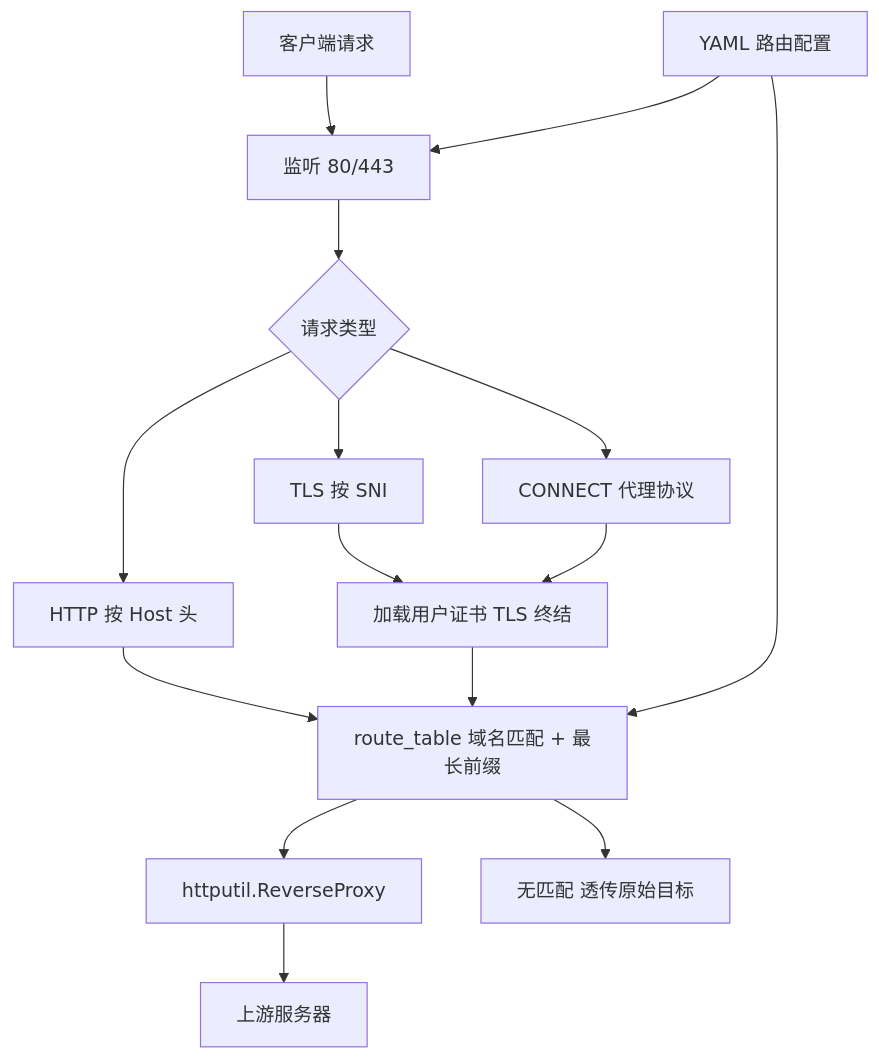
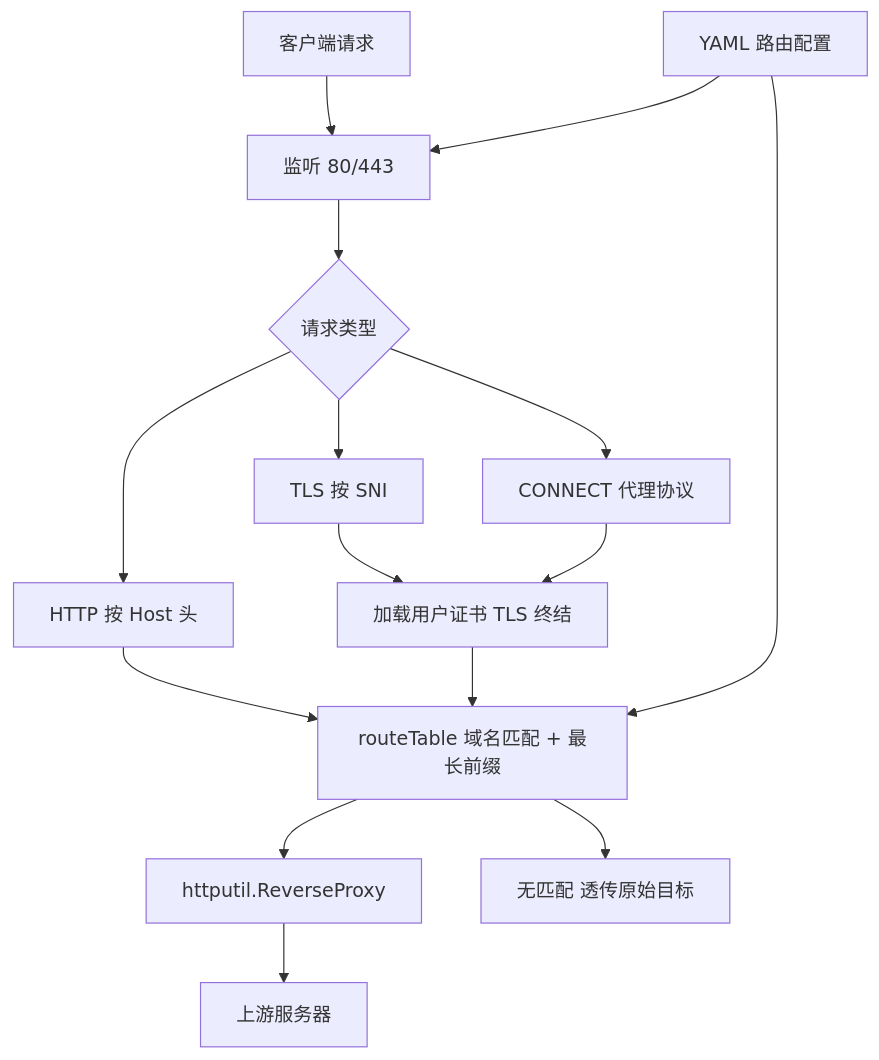
The first of 4 diagrams in .monkeycode/specs/mrp/design.md (isunk/MyReverseProxy), drawn with Mermaid before and after one commit. The commit also changed other lines of this file and 8 other files, not shown here.

````diff
--- a/.monkeycode/specs/mrp/design.md
+++ b/.monkeycode/specs/mrp/design.md
@@ -12,17 +12,17 @@
 ```mermaid
 graph TD
     A["客户端请求"] --> B["监听 80/443"]
     B --> C{"请求类型"}
     C --> D["HTTP 按 Host 头"]
     C --> E["TLS 按 SNI"]
     C --> F["CONNECT 代理协议"]
     E --> G["加载用户证书 TLS 终结"]
     F --> G
-    D --> H["route_table 域名匹配 + 最长前缀"]
+    D --> H["routeTable 域名匹配 + 最长前缀"]
     G --> H
     H --> I["httputil.ReverseProxy"]
     I --> J["上游服务器"]
     H --> K["无匹配 透传原始目标"]
     L["YAML 路由配置"] --> B
     L --> H
 ```
````
